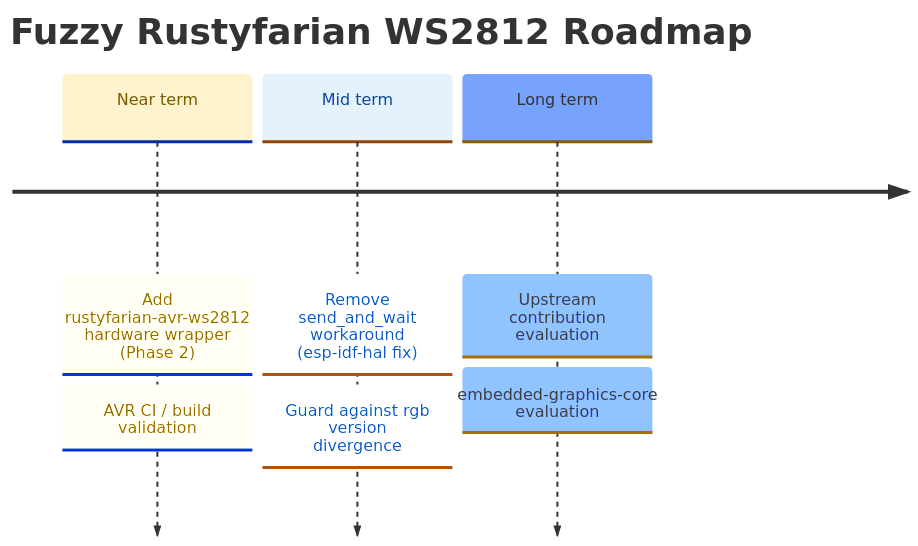
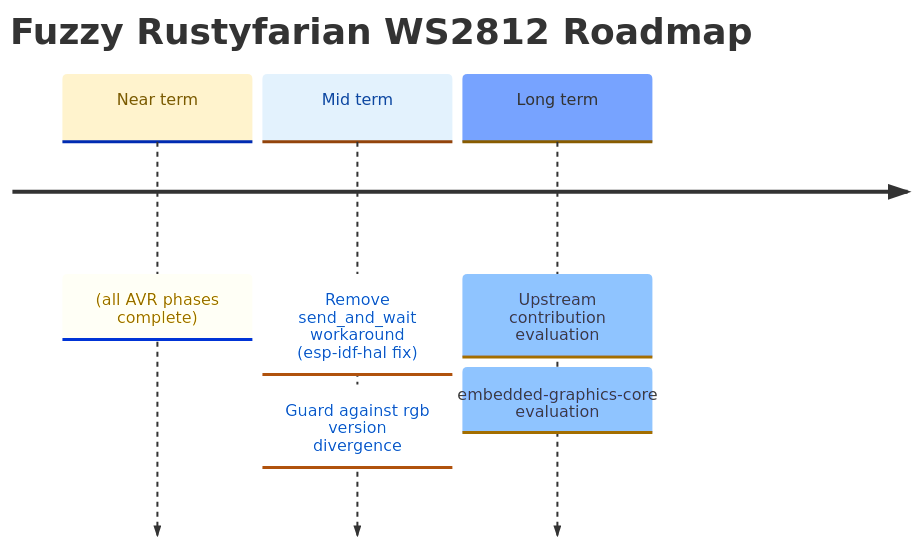
One commit to datenkollektiv/rustyfarian-ws2812 changed the diagram in docs/ROADMAP.md. Above: the diagram before and after it, drawn with Mermaid. The commit also changed other lines of this file and 1 other file, not shown here.

Commit message:
Add setup recipes for AVR toolchain and validation checks

````diff
--- a/docs/ROADMAP.md
+++ b/docs/ROADMAP.md
@@ -9,23 +9,22 @@
 ```mermaid
 %%{init: {
   "theme": "base",
   "themeVariables": {
     "cScale0": "#fff3cd",
     "cScaleLabel0": "#7a5a00",
     "cScale1": "#e3f2fd",
     "cScaleLabel1": "#0d47a1"
   }
 }}%%
 
 timeline
     title Fuzzy Rustyfarian WS2812 Roadmap
 
-    Near term : Add rustyfarian-avr-ws2812 hardware wrapper (Phase 2)
-              : AVR CI / build validation
+    Near term : (all AVR phases complete)
 
     Mid term  : Remove send_and_wait workaround (esp-idf-hal fix)
               : Guard against rgb version divergence
 
     Long term : Upstream contribution evaluation
               : embedded-graphics-core evaluation
 ```
````
